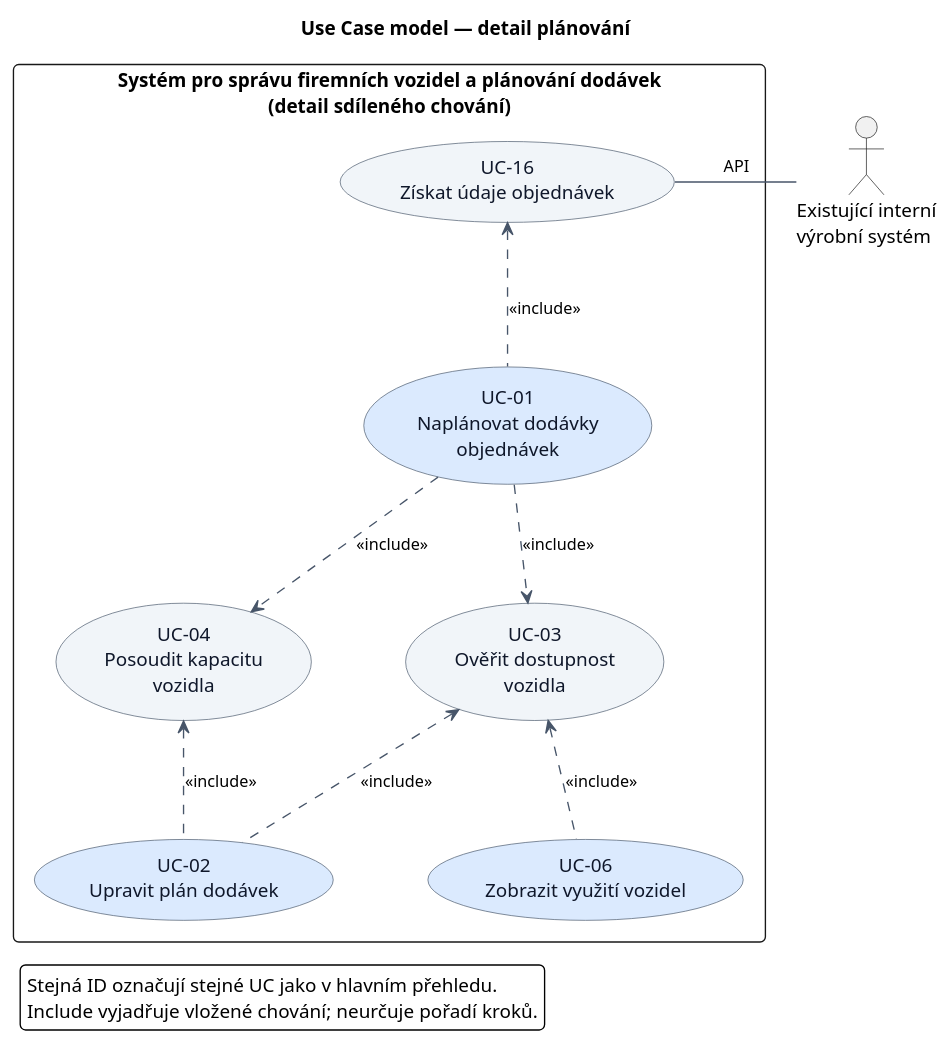
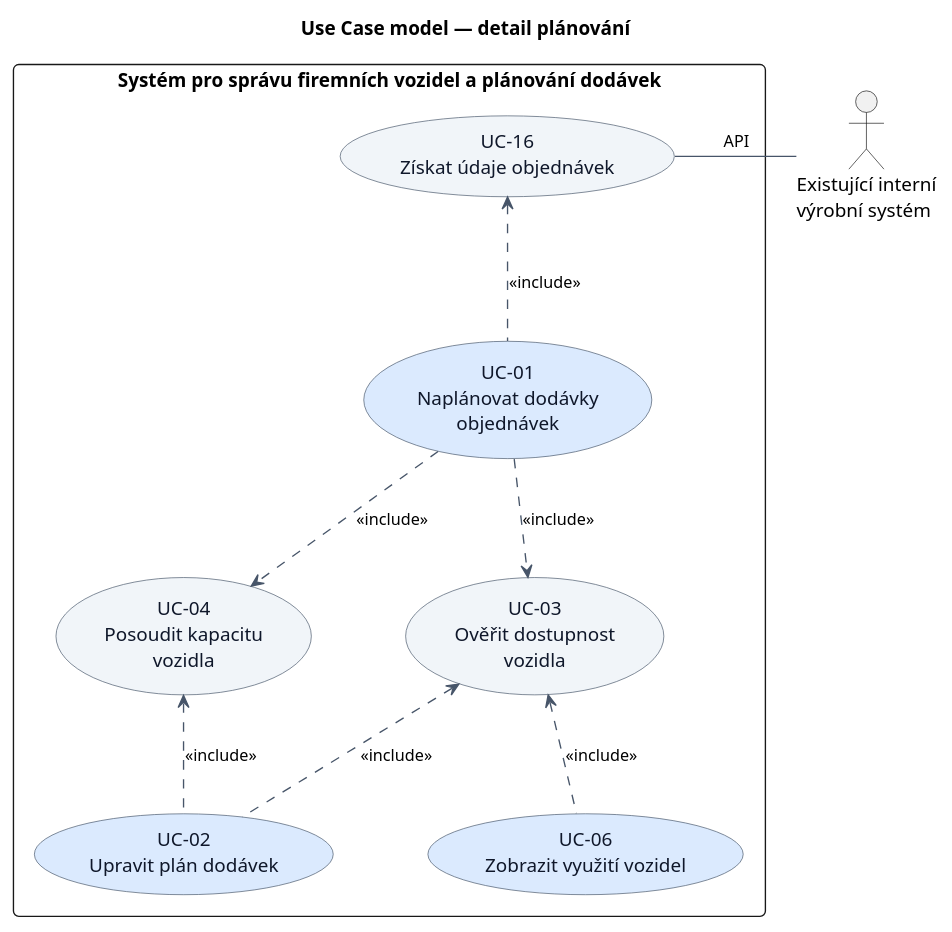
The diagram in diagrams/use-case/planning-use-case.puml (ku3m0v/nnpsw-delivery-planning), drawn with PlantUML before and after one commit. The commit also changed 5 other files, not shown here.

```diff
--- a/diagrams/use-case/planning-use-case.puml
+++ b/diagrams/use-case/planning-use-case.puml
@@ -1,53 +1,49 @@
 @startuml
 top to bottom direction
 
 skinparam backgroundColor white
 skinparam defaultFontName SansSerif
 skinparam defaultFontSize 14
 skinparam shadowing false
 skinparam roundcorner 8
 skinparam packageStyle rectangle
 skinparam linetype polyline
 skinparam nodesep 70
 skinparam ranksep 70
 skinparam ArrowColor #475569
 skinparam usecase {
   BackgroundColor #F1F5F9
   BorderColor #475569
   FontColor #0F172A
   BackgroundColor<<key>> #DBEAFE
 }
 skinparam ArrowFontSize 12
 hide stereotype
 
 title Use Case model — detail plánování
 
 actor "Existující interní\nvýrobní systém" as ProductionSystem
 
-rectangle "Systém pro správu firemních vozidel a plánování dodávek\n(detail sdíleného chování)" as System {
+rectangle "Systém pro správu firemních vozidel a plánování dodávek" as System {
   usecase "UC-16\nZískat údaje objednávek" as UC16
   usecase "UC-01\nNaplánovat dodávky\nobjednávek" as UC01 <<key>>
   usecase "UC-04\nPosoudit kapacitu\nvozidla" as UC04
   usecase "UC-03\nOvěřit dostupnost\nvozidla" as UC03
   usecase "UC-02\nUpravit plán dodávek" as UC02 <<key>>
   usecase "UC-06\nZobrazit využití vozidel" as UC06 <<key>>
 
   UC01 .up.> UC16 : <<include>>
   UC01 .down.> UC04 : <<include>>
   UC01 .down.> UC03 : <<include>>
   UC02 .up.> UC04 : <<include>>
   UC02 .up.> UC03 : <<include>>
   UC06 .up.> UC03 : <<include>>
 
   ' Hidden links keep the two checks and the lower goals on aligned rows.
   UC04 -[hidden]right- UC03
   UC02 -[hidden]right- UC06
 }
 
 UC16 -right- ProductionSystem : API
 
-legend bottom left
-  Stejná ID označují stejné UC jako v hlavním přehledu.
-  Include vyjadřuje vložené chování; neurčuje pořadí kroků.
-endlegend
 @enduml
```
